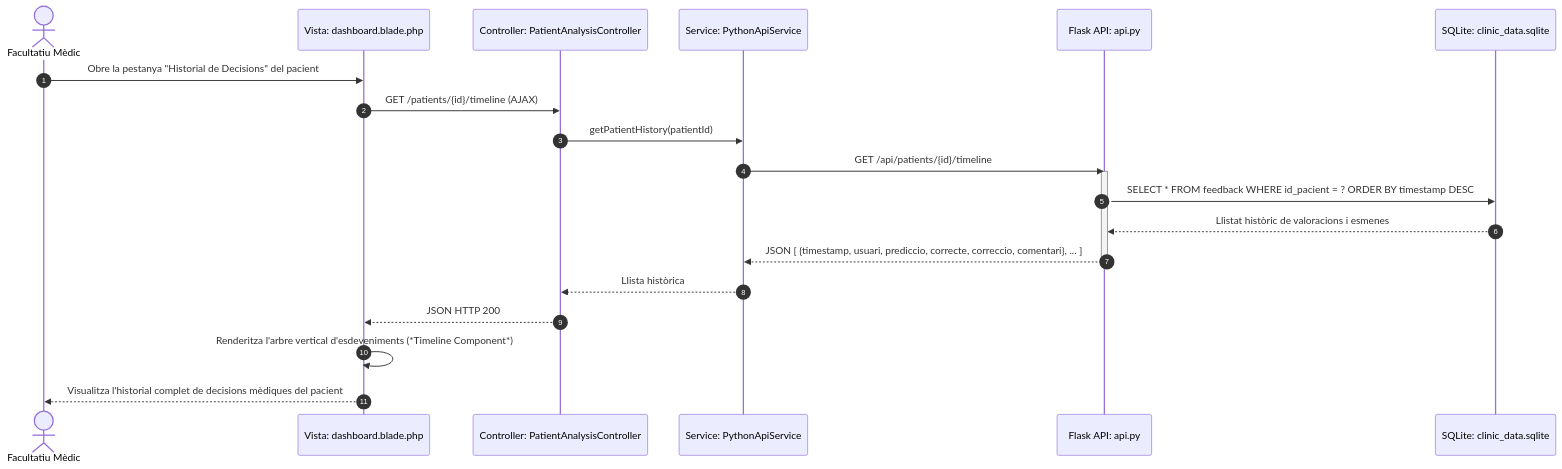
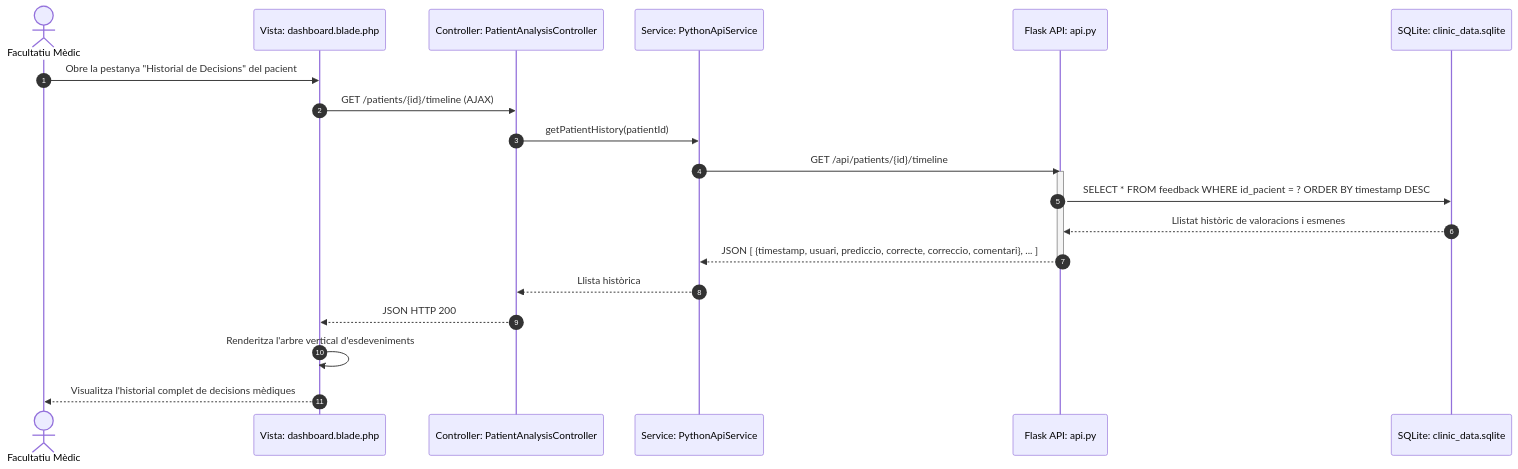
One commit to Marc-yes/TFG_MarcRoda changed the fifth of 7 diagrams in Analisi_Requisits_Cap6.md. Above: the diagram before and after it, drawn with Mermaid. The commit also changed other lines of this file, not shown here.

````diff
--- a/Analisi_Requisits_Cap6.md
+++ b/Analisi_Requisits_Cap6.md
@@ -334,26 +320,26 @@
 ```mermaid
 sequenceDiagram
     autonumber
     actor M as Facultatiu Mèdic
     participant V as Vista: dashboard.blade.php
     participant C as Controller: PatientAnalysisController
     participant S as Service: PythonApiService
     participant API as Flask API: api.py
     participant DB as SQLite: clinic_data.sqlite
 
     M->>V: Obre la pestanya "Historial de Decisions" del pacient
     V->>C: GET /patients/{id}/timeline (AJAX)
     C->>S: getPatientHistory(patientId)
     S->>API: GET /api/patients/{id}/timeline
     
     activate API
     API->>DB: SELECT * FROM feedback WHERE id_pacient = ? ORDER BY timestamp DESC
     DB-->>API: Llistat històric de valoracions i esmenes
     API-->>S: JSON [ {timestamp, usuari, prediccio, correcte, correccio, comentari}, ... ]
     deactivate API
 
     S-->>C: Llista històrica
     C-->>V: JSON HTTP 200
-    V->>V: Renderitza l'arbre vertical d'esdeveniments (*Timeline Component*)
-    V-->>M: Visualitza l'historial complet de decisions mèdiques del pacient
+    V->>V: Renderitza l'arbre vertical d'esdeveniments
+    V-->>M: Visualitza l'historial complet de decisions mèdiques
 ```
````
